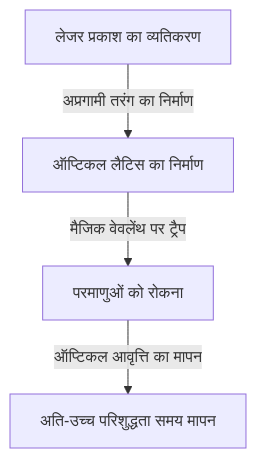
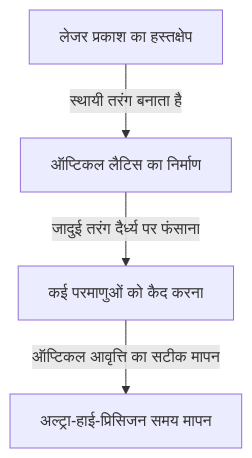
The third of 3 diagrams in content/post/history-of-timekeeping-technology/index.hi.md (kenjinote/blog), drawn with Mermaid before and after one commit. The commit also changed other lines of this file and 129 other files, not shown here.

````diff
--- a/content/post/history-of-timekeeping-technology/index.hi.md
+++ b/content/post/history-of-timekeeping-technology/index.hi.md
@@ -67,6 +85,6 @@
 ```mermaid
 graph TD
-    A["लेजर प्रकाश का व्यतिकरण"] -- "अप्रगामी तरंग का निर्माण" --> B["ऑप्टिकल लैटिस का निर्माण"]
-    B -- "मैजिक वेवलेंथ पर ट्रैप" --> C["परमाणुओं को रोकना"]
-    C -- "ऑप्टिकल आवृत्ति का मापन" --> D["अति-उच्च परिशुद्धता समय मापन"]
+    A["लेजर प्रकाश का हस्तक्षेप"] -- "स्थायी तरंग बनाता है" --> B["ऑप्टिकल लैटिस का निर्माण"]
+    B -- "जादुई तरंग दैर्ध्य पर फंसाना" --> C["कई परमाणुओं को कैद करना"]
+    C -- "ऑप्टिकल आवृत्ति का सटीक मापन" --> D["अल्ट्रा-हाई-प्रिसिजन समय मापन"]
 ```
````
